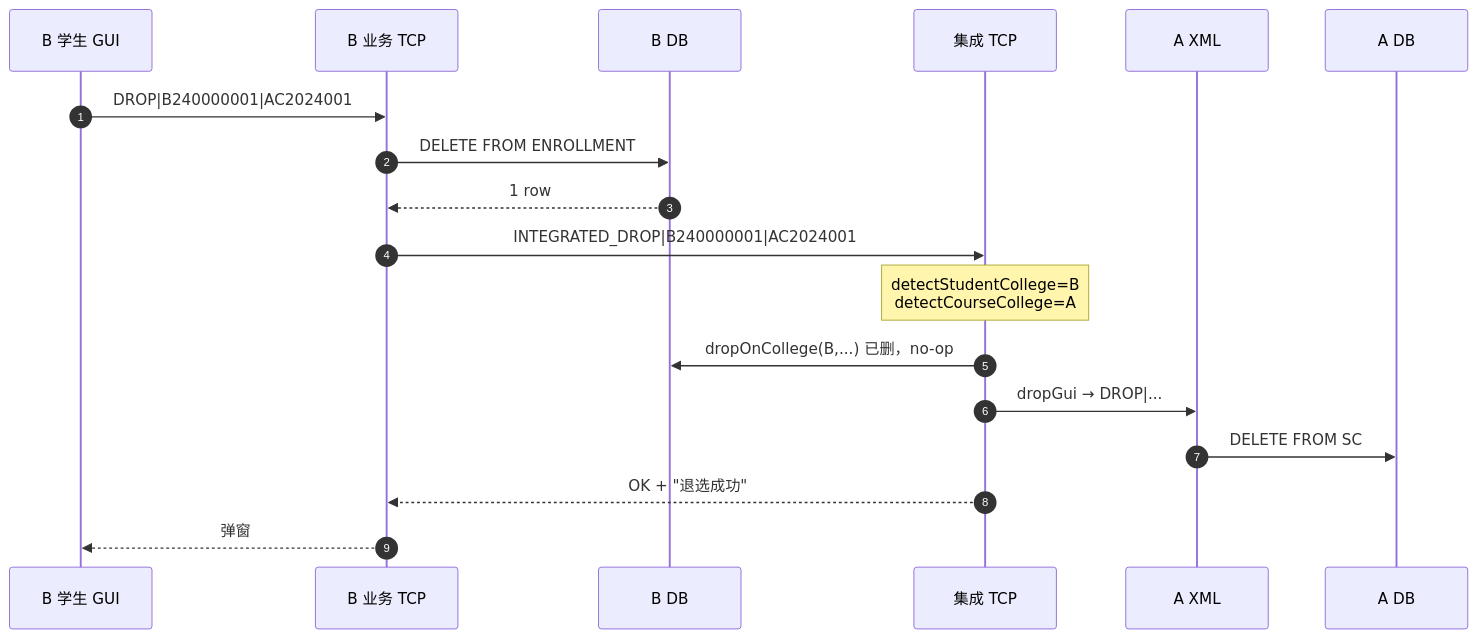
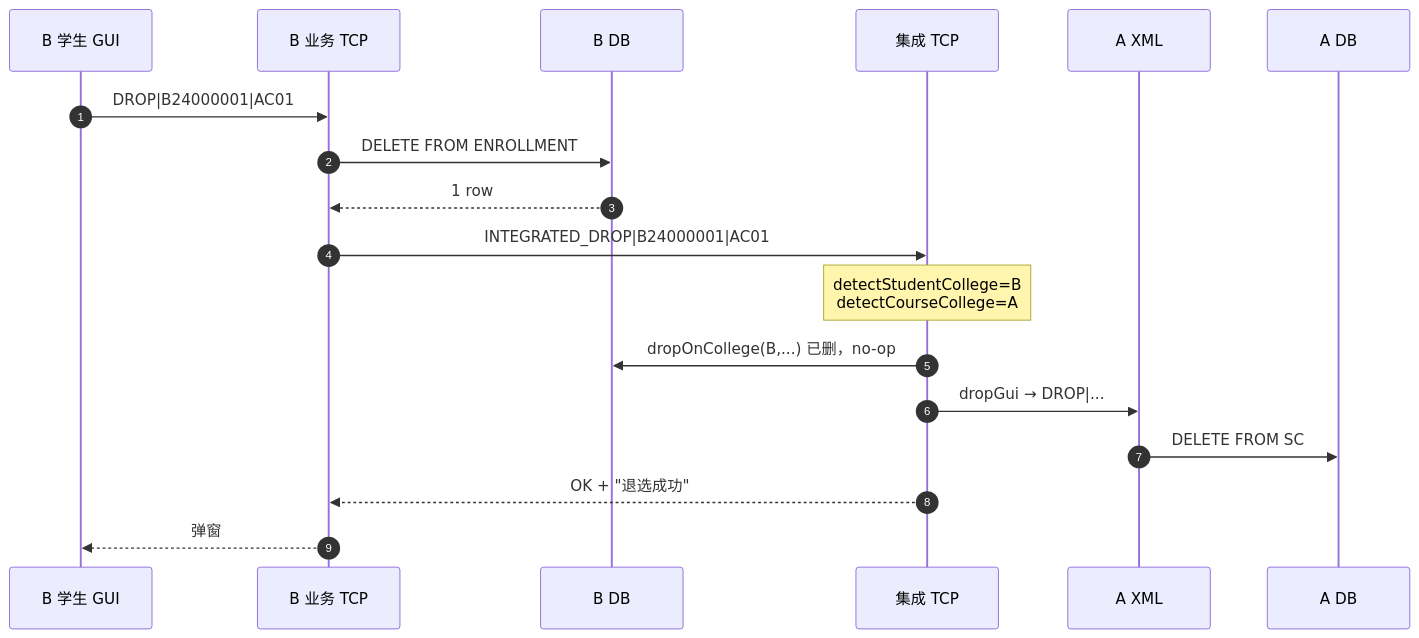
Before and after one commit to Yaelnju/integrated-edu: the seventh of 9 diagrams in docs/报告.md, drawn with Mermaid. The commit also changed other lines of this file and 4 other files, not shown here.

First line of the commit message:
fix: XSD 补全约束 + 报告流程图修正

````diff
--- a/docs/报告.md
+++ b/docs/报告.md
@@ -406,21 +410,21 @@
 ```mermaid
 sequenceDiagram
     autonumber
     participant U as B 学生 GUI
     participant Bts as B 业务 TCP
     participant Bdb as B DB
     participant IS as 集成 TCP
     participant Axml as A XML
     participant Adb as A DB
 
-    U->>Bts: DROP|B240000001|AC2024001
+    U->>Bts: DROP|B24000001|AC01
     Bts->>Bdb: DELETE FROM ENROLLMENT
     Bdb-->>Bts: 1 row
-    Bts->>IS: INTEGRATED_DROP|B240000001|AC2024001
+    Bts->>IS: INTEGRATED_DROP|B24000001|AC01
     Note over IS: detectStudentCollege=B<br/>detectCourseCollege=A
     IS->>Bdb: dropOnCollege(B,...) 已删，no-op
     IS->>Axml: dropGui → DROP|...
     Axml->>Adb: DELETE FROM SC
     IS-->>Bts: OK + "退选成功"
     Bts-->>U: 弹窗
 ```
````
